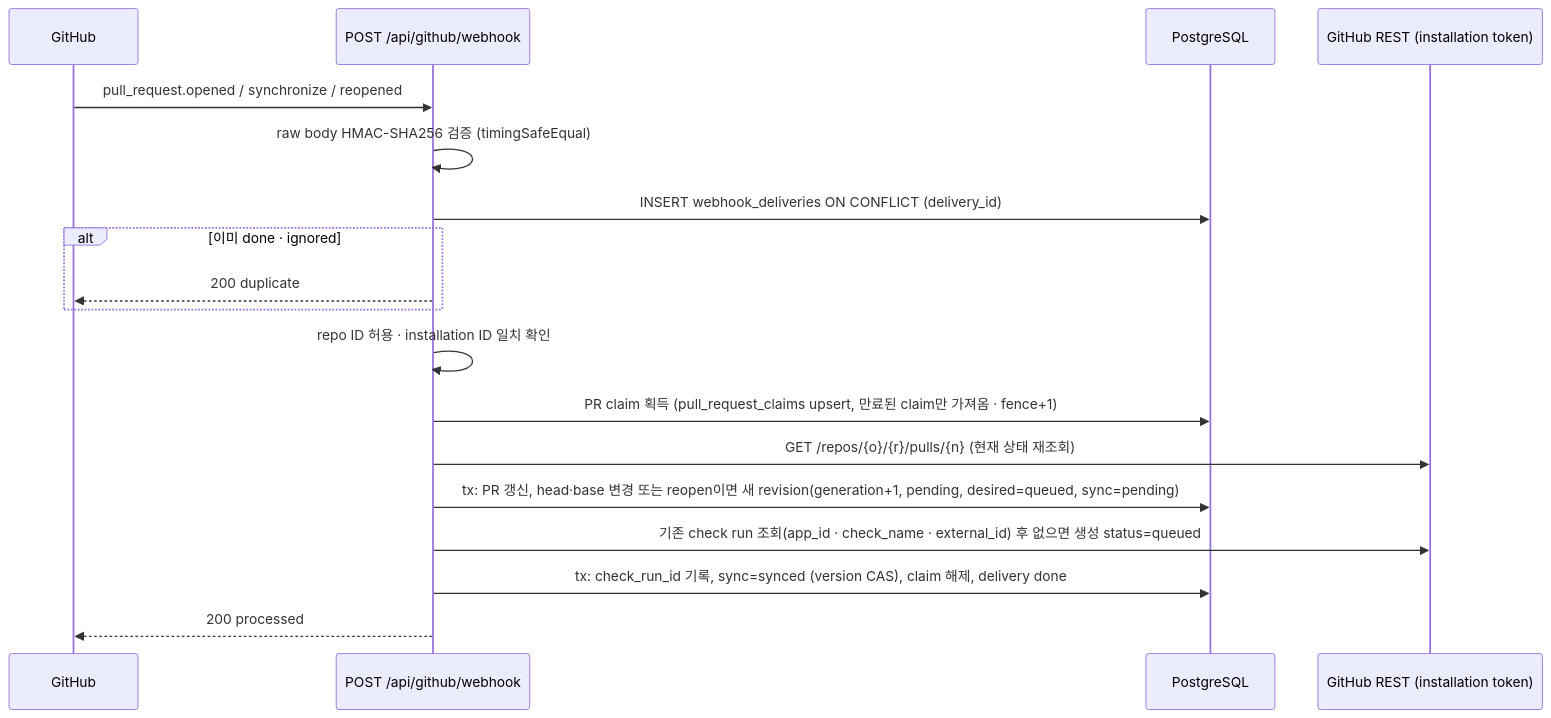
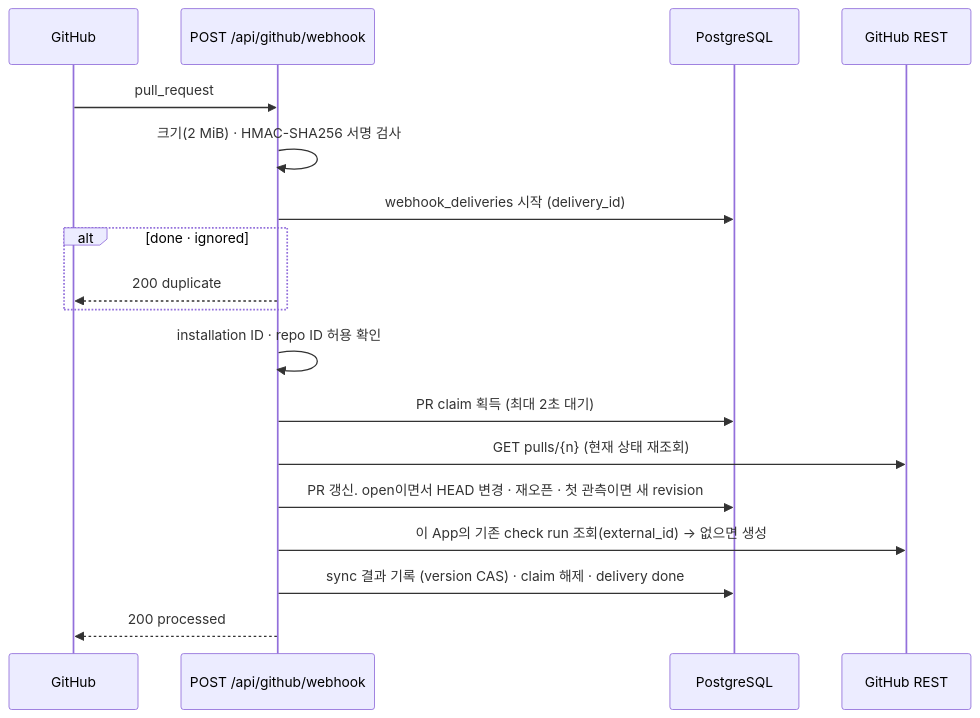
The first of 2 diagrams in docs/manual-approval/architecture.md (berrypjh/review-platform), drawn with Mermaid before and after one commit. The commit also changed other lines of this file and 21 other files, not shown here.

````diff
--- a/docs/manual-approval/architecture.md
+++ b/docs/manual-approval/architecture.md
@@ -84,21 +61,21 @@
 ```mermaid
 sequenceDiagram
     participant GH as GitHub
     participant WH as POST /api/github/webhook
     participant DB as PostgreSQL
-    participant API as GitHub REST (installation token)
+    participant API as GitHub REST
 
-    GH->>WH: pull_request.opened / synchronize / reopened
-    WH->>WH: raw body HMAC-SHA256 검증 (timingSafeEqual)
-    WH->>DB: INSERT webhook_deliveries ON CONFLICT (delivery_id)
-    alt 이미 done · ignored
+    GH->>WH: pull_request
+    WH->>WH: 크기(2 MiB) · HMAC-SHA256 서명 검사
+    WH->>DB: webhook_deliveries 시작 (delivery_id)
+    alt done · ignored
         WH-->>GH: 200 duplicate
     end
-    WH->>WH: repo ID 허용 · installation ID 일치 확인
-    WH->>DB: PR claim 획득 (pull_request_claims upsert, 만료된 claim만 가져옴 · fence+1)
-    WH->>API: GET /repos/{o}/{r}/pulls/{n} (현재 상태 재조회)
-    WH->>DB: tx: PR 갱신, head·base 변경 또는 reopen이면 새 revision(generation+1, pending, desired=queued, sync=pending)
-    WH->>API: 기존 check run 조회(app_id · check_name · external_id) 후 없으면 생성 status=queued
-    WH->>DB: tx: check_run_id 기록, sync=synced (version CAS), claim 해제, delivery done
+    WH->>WH: installation ID · repo ID 허용 확인
+    WH->>DB: PR claim 획득 (최대 2초 대기)
+    WH->>API: GET pulls/{n} (현재 상태 재조회)
+    WH->>DB: PR 갱신. open이면서 HEAD 변경 · 재오픈 · 첫 관측이면 새 revision
+    WH->>API: 이 App의 기존 check run 조회(external_id) → 없으면 생성
+    WH->>DB: sync 결과 기록 (version CAS) · claim 해제 · delivery done
     WH-->>GH: 200 processed
 ```
````
